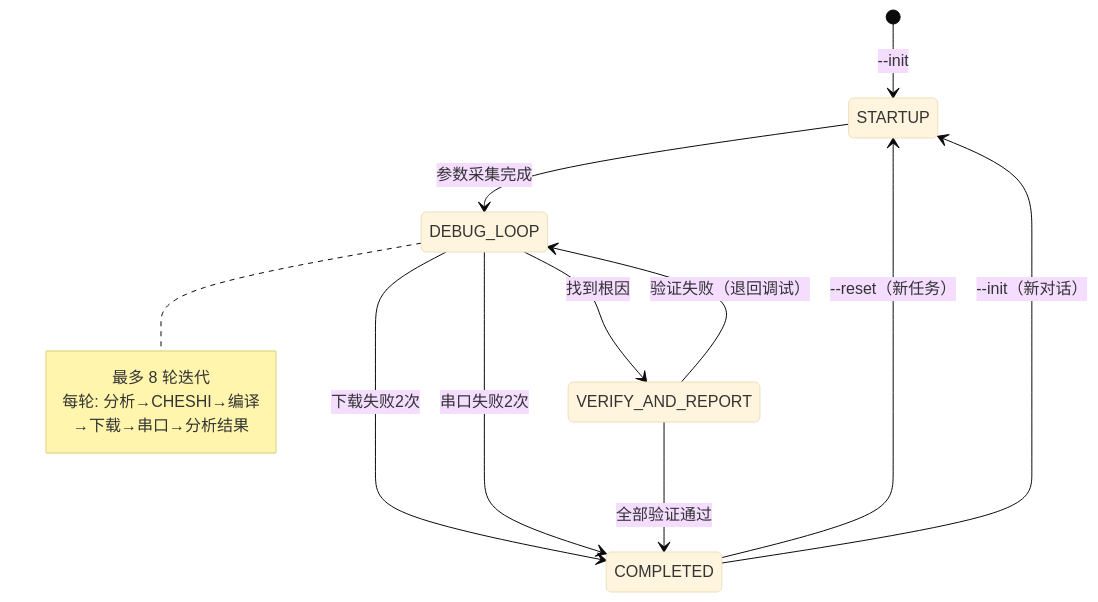
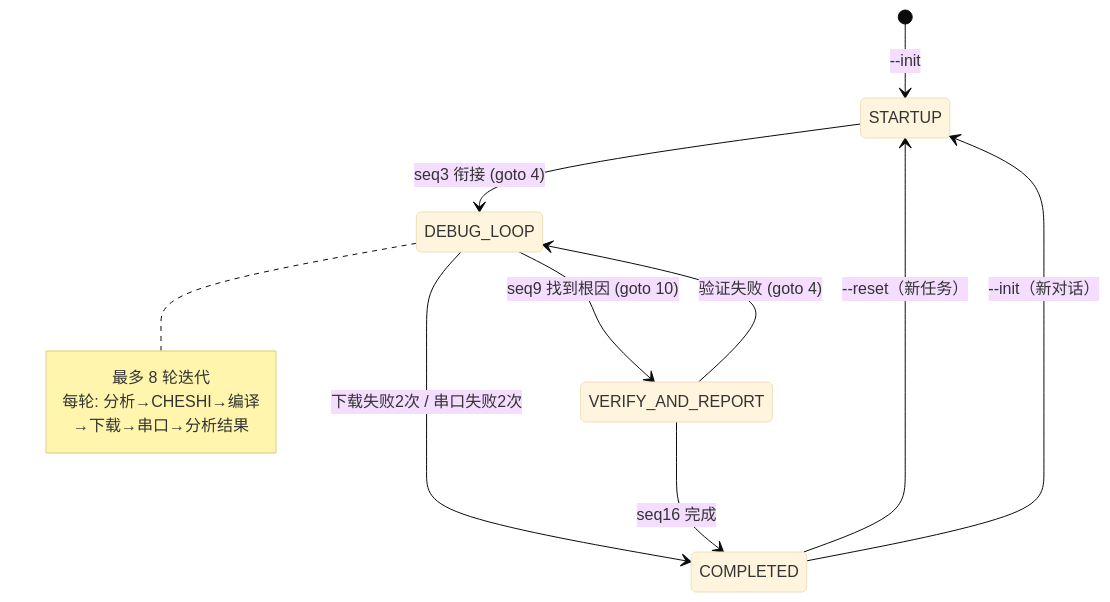
Before and after one commit to kzl31/embedded-debug-workflow: the third of 3 diagrams in embedded-debug-workflow/refs/workflow-diagram.md, drawn with Mermaid (base theme). The commit also changed other lines of this file and 20 other files, not shown here.

````diff
--- a/embedded-debug-workflow/refs/workflow-diagram.md
+++ b/embedded-debug-workflow/refs/workflow-diagram.md
@@ -221,18 +127,17 @@
 ```mermaid
 stateDiagram-v2
     [*] --> STARTUP: --init
-    STARTUP --> DEBUG_LOOP: 参数采集完成
-    DEBUG_LOOP --> VERIFY_AND_REPORT: 找到根因
-    DEBUG_LOOP --> COMPLETED: 下载失败2次
-    DEBUG_LOOP --> COMPLETED: 串口失败2次
-    VERIFY_AND_REPORT --> DEBUG_LOOP: 验证失败（退回调试）
-    VERIFY_AND_REPORT --> COMPLETED: 全部验证通过
+    STARTUP --> DEBUG_LOOP: seq3 衔接 (goto 4)
+    DEBUG_LOOP --> VERIFY_AND_REPORT: seq9 找到根因 (goto 10)
+    DEBUG_LOOP --> COMPLETED: 下载失败2次 / 串口失败2次
+    VERIFY_AND_REPORT --> DEBUG_LOOP: 验证失败 (goto 4)
+    VERIFY_AND_REPORT --> COMPLETED: seq16 完成
 
     COMPLETED --> STARTUP: --reset（新任务）
     COMPLETED --> STARTUP: --init（新对话）
 
     note right of DEBUG_LOOP
         最多 8 轮迭代
         每轮: 分析→CHESHI→编译→下载→串口→分析结果
     end note
 ```
````
